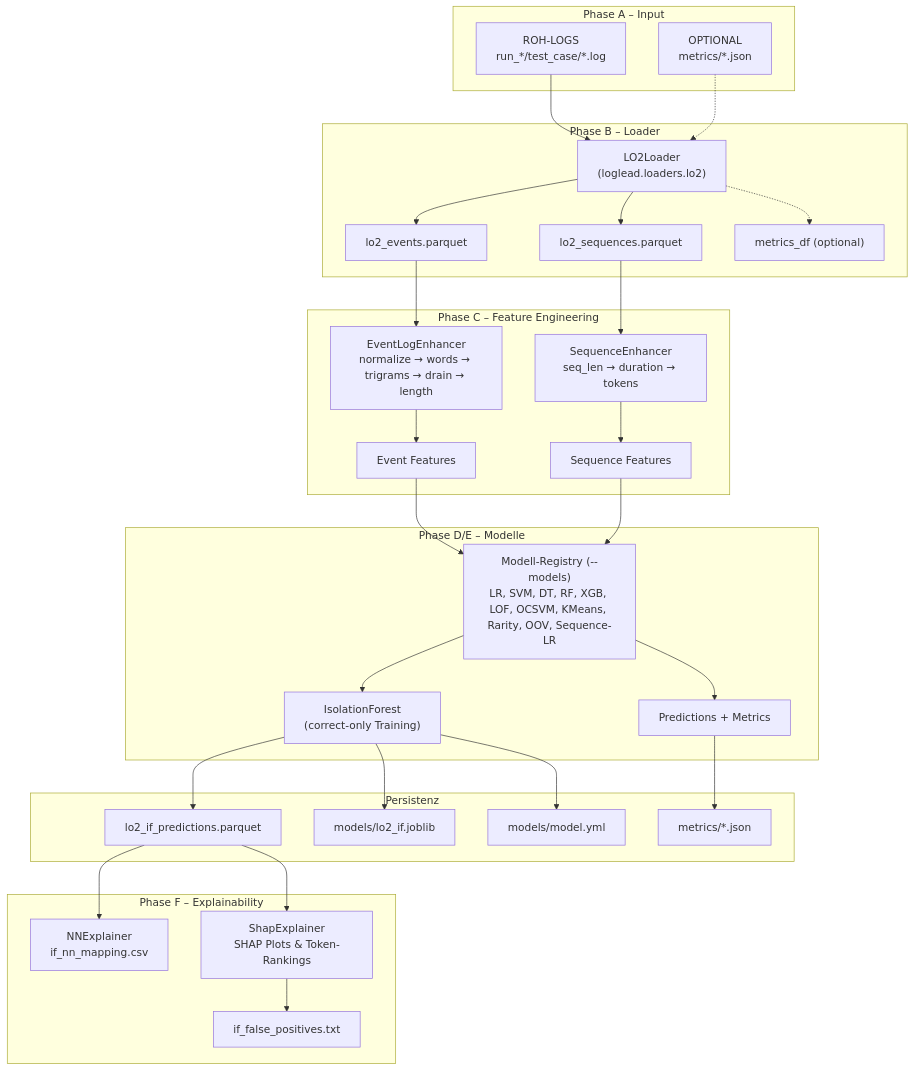
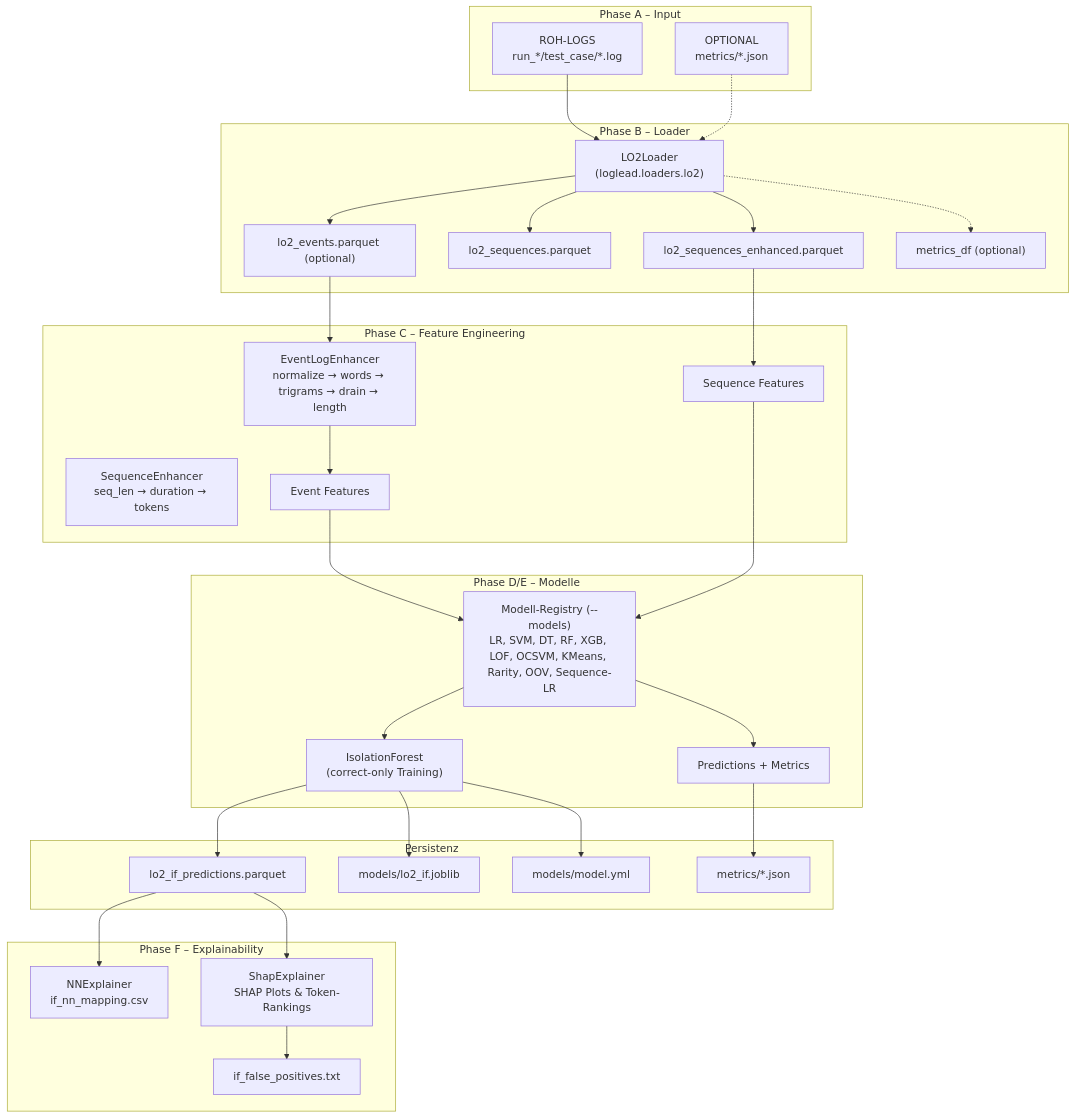
One commit to mischas114/LogLead changed the diagram in docs/pipeline/architecture.md. Above: the diagram before and after it, drawn with Mermaid. The commit also changed other lines of this file and 12 other files, not shown here.

First line of the commit message:
feat: Enhance LO2 pipeline with new sequence enhancement features and batch processing

````diff
--- a/docs/pipeline/architecture.md
+++ b/docs/pipeline/architecture.md
@@ -13,56 +13,58 @@
 ```mermaid
 flowchart TD
     subgraph Input["Phase A – Input"]
         rawLogs["ROH-LOGS<br/>run_*/test_case/*.log"]
         rawMetrics["OPTIONAL<br/>metrics/*.json"]
     end
 
     subgraph Loader["Phase B – Loader"]
         loader["LO2Loader\n(loglead.loaders.lo2)"]
-        events["lo2_events.parquet"]
+        events["lo2_events.parquet (optional)"]
         seqs["lo2_sequences.parquet"]
+        seqsEnhanced["lo2_sequences_enhanced.parquet"]
         metricsDf["metrics_df (optional)"]
     end
 
     subgraph Enhancers["Phase C – Feature Engineering"]
         eventEnh["EventLogEnhancer\nnormalize → words → trigrams → drain → length"]
         seqEnh["SequenceEnhancer\nseq_len → duration → tokens"]
         eventFeat["Event Features"]
         seqFeat["Sequence Features"]
     end
 
     subgraph Models["Phase D/E – Modelle"]
         ifModel["IsolationForest\n(correct-only Training)"]
         registry["Modell-Registry (--models)\nLR, SVM, DT, RF, XGB, LOF, OCSVM, KMeans, Rarity, OOV, Sequence-LR"]
         outputs["Predictions + Metrics"]
     end
 
     subgraph Persist["Persistenz"]
         preds["lo2_if_predictions.parquet"]
         metrics["metrics/*.json"]
         modelJoblib["models/lo2_if.joblib"]
         modelYaml["models/model.yml"]
     end
 
     subgraph Explain["Phase F – Explainability"]
         nn["NNExplainer\nif_nn_mapping.csv"]
         shap["ShapExplainer\nSHAP Plots & Token-Rankings"]
         fp["if_false_positives.txt"]
     end
 
     rawLogs --> loader
     rawMetrics -.-> loader
     loader --> events
     loader --> seqs
+    loader --> seqsEnhanced
     loader -.-> metricsDf
     events --> eventEnh --> eventFeat --> registry
-    seqs --> seqEnh --> seqFeat --> registry
+    seqsEnhanced --> seqFeat --> registry
     registry --> ifModel --> preds
     registry --> outputs
     outputs --> metrics
     ifModel --> modelJoblib
     ifModel --> modelYaml
     preds --> nn
     preds --> shap
     shap --> fp
 ```
````
